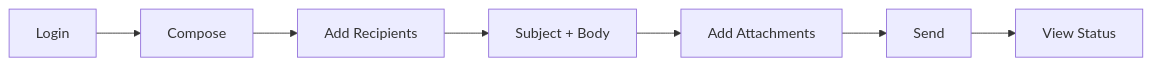
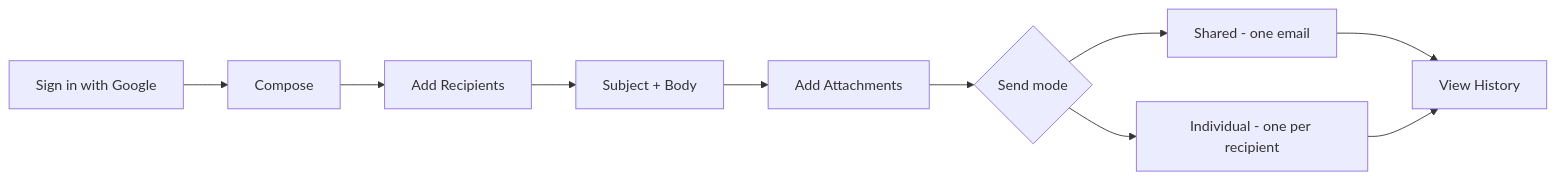
The sixth of 6 diagrams in docs/02-system-design.md (Bhupi2508/mailpilot-ai), drawn with Mermaid before and after one commit. The commit also changed other lines of this file and 64 other files, not shown here.

Commit message:
feat: integrate Google OAuth, Gmail API flow, Express backend improvements, API redesign, and documentation

````diff
--- a/docs/02-system-design.md
+++ b/docs/02-system-design.md
@@ -56,9 +114,12 @@
 ```mermaid
 flowchart LR
-    A[Login] --> B[Compose]
+    A[Sign in with Google] --> B[Compose]
     B --> C[Add Recipients]
     C --> D[Subject + Body]
     D --> E[Add Attachments]
-    E --> F[Send]
-    F --> G[View Status]
+    E --> F{Send mode}
+    F --> G[Shared - one email]
+    F --> H[Individual - one per recipient]
+    G --> I[View History]
+    H --> I
 ```
````
